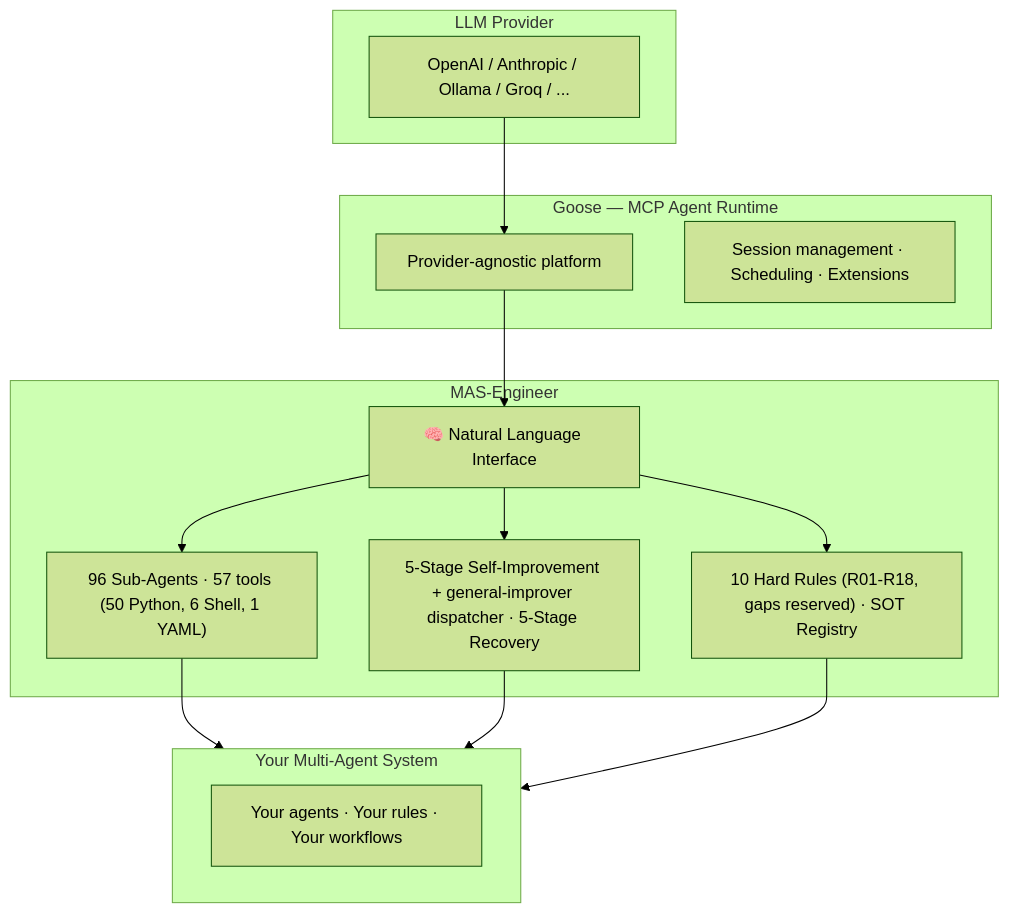
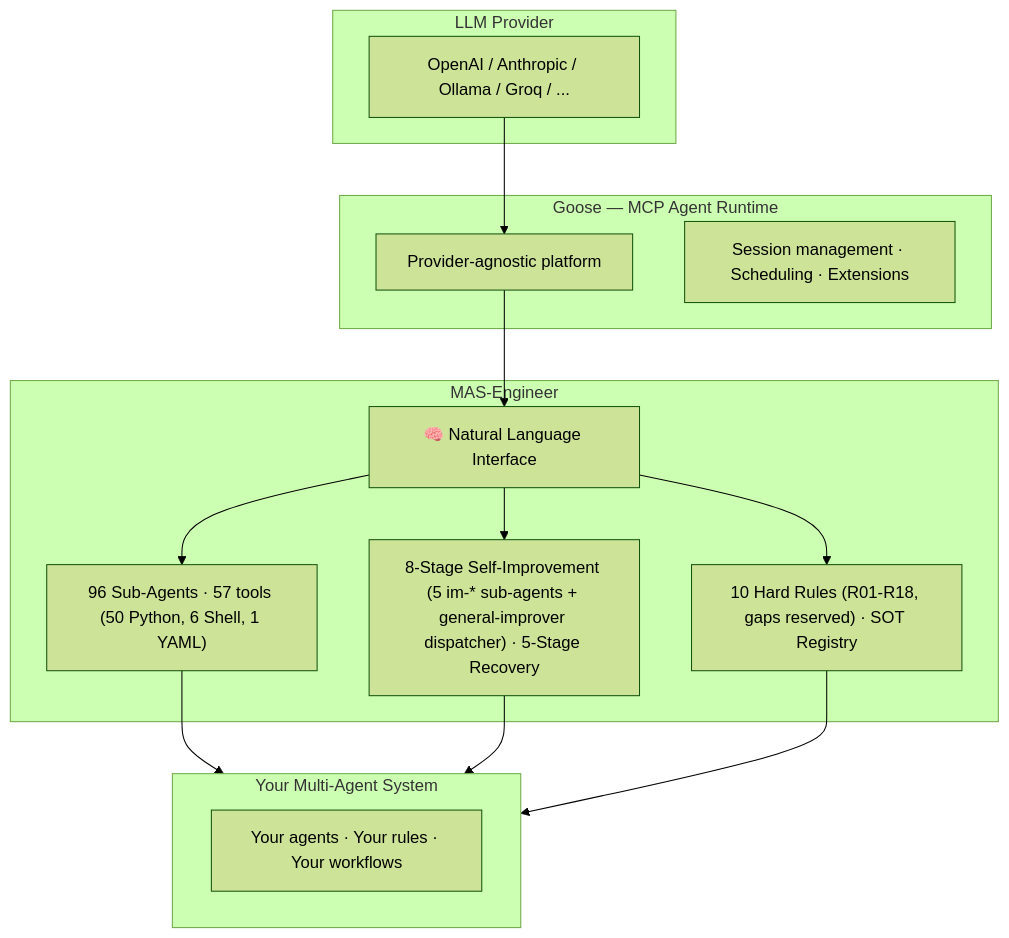
The third of 6 diagrams in README.md (mczardybon/mas-engineer), drawn with Mermaid (forest theme) before and after one commit. The commit also changed other lines of this file and 9 other files, not shown here.

First line of the commit message:
📝 DOCS — Konsistenz-Fix: 8-Stage Pipeline + 96 Sub-Agents + 57 Tools

````diff
--- a/README.md
+++ b/README.md
@@ -290,22 +291,22 @@
 ```mermaid
 flowchart TB
     subgraph LLM["LLM Provider"]
         L1["OpenAI / Anthropic / Ollama / Groq / ..."]
     end
     subgraph GOOSE["Goose — MCP Agent Runtime"]
         G1["Provider-agnostic platform"]
         G2["Session management · Scheduling · Extensions"]
     end
     subgraph ENGINEER["MAS-Engineer"]
         E1["🧠 Natural Language Interface"]
         E2["96 Sub-Agents · 57 tools (50 Python, 6 Shell, 1 YAML)"]
-        E3["5-Stage Self-Improvement + general-improver dispatcher · 5-Stage Recovery"]
+        E3["8-Stage Self-Improvement (5 im-* sub-agents + general-improver dispatcher) · 5-Stage Recovery"]
         E4["10 Hard Rules (R01-R18, gaps reserved) · SOT Registry"]
     end
     subgraph SYSTEM["Your Multi-Agent System"]
         S1["Your agents · Your rules · Your workflows"]
     end
     L1 --> G1 --> E1
     E1 --> E2 & E3 & E4
     E2 & E3 & E4 --> SYSTEM
 ```
````
